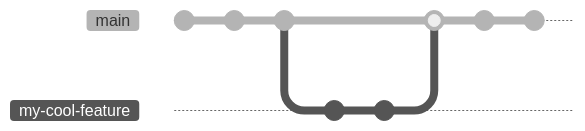
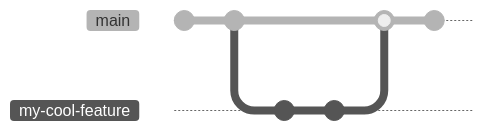
The second of 2 diagrams in slides/pages/Github-Features.md (BMI-UC/Git-or-how-I-learned-to-stop-worrying-and-love-version-control), drawn with Mermaid (neutral theme) before and after one commit. The commit also changed other lines of this file and 11 other files, not shown here. Commit ids are hidden.

````diff
--- a/slides/pages/Github-Features.md
+++ b/slides/pages/Github-Features.md
@@ -113,13 +135,11 @@
-```mermaid {theme: 'base', scale: 1.5 }
+```mermaid { scale: 0.8 }
 gitGraph
-	commit
 	commit
 	commit
 	branch my-cool-feature
 	commit
 	commit
 	checkout main
 	merge my-cool-feature
 	commit
-	commit
 ```
````
